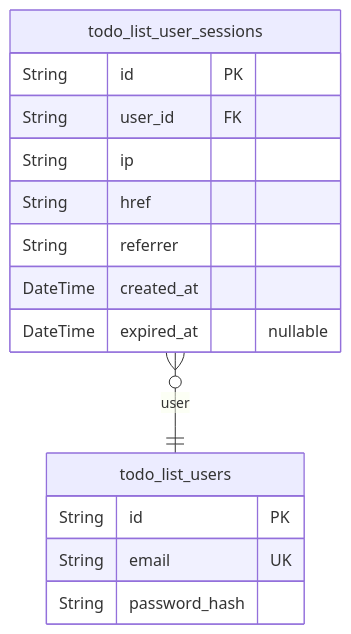
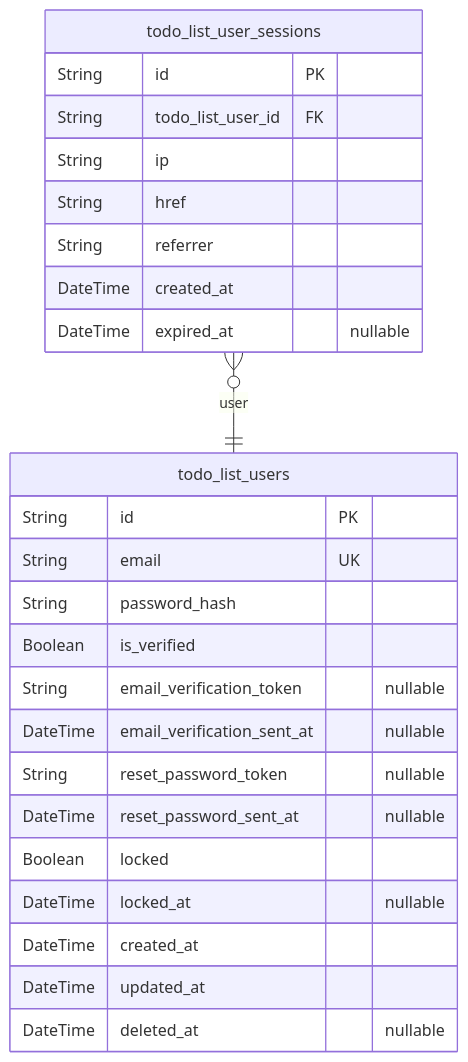
The first of 2 diagrams in openai/gpt-4.1/todo/docs/ERD.md (wrtnlabs/autobe-examples), drawn with Mermaid before and after one commit. The commit also changed other lines of this file and 3372 other files, not shown here.

````diff
--- a/openai/gpt-4.1/todo/docs/ERD.md
+++ b/openai/gpt-4.1/todo/docs/ERD.md
@@ -10,18 +10,28 @@
 ```mermaid
 erDiagram
 "todo_list_users" {
   String id PK
   String email UK
   String password_hash
+  Boolean is_verified
+  String email_verification_token "nullable"
+  DateTime email_verification_sent_at "nullable"
+  String reset_password_token "nullable"
+  DateTime reset_password_sent_at "nullable"
+  Boolean locked
+  DateTime locked_at "nullable"
+  DateTime created_at
+  DateTime updated_at
+  DateTime deleted_at "nullable"
 }
 "todo_list_user_sessions" {
   String id PK
-  String user_id FK
+  String todo_list_user_id FK
   String ip
   String href
   String referrer
   DateTime created_at
   DateTime expired_at "nullable"
 }
 "todo_list_user_sessions" }o--|| "todo_list_users" : user
 ```
````
